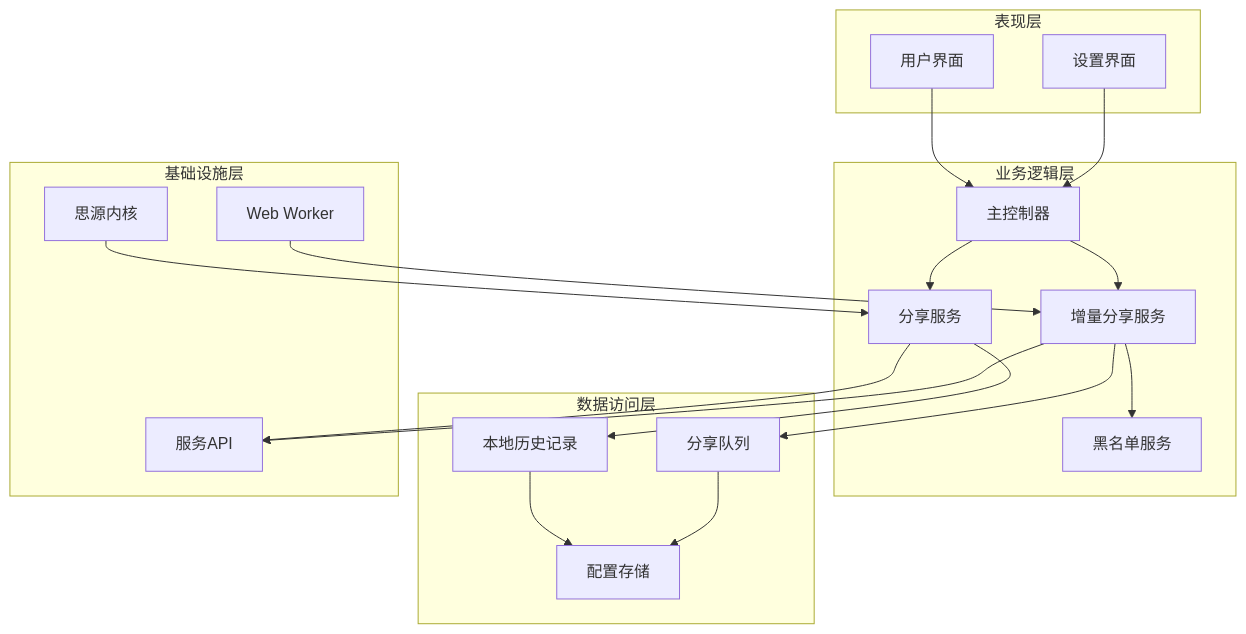
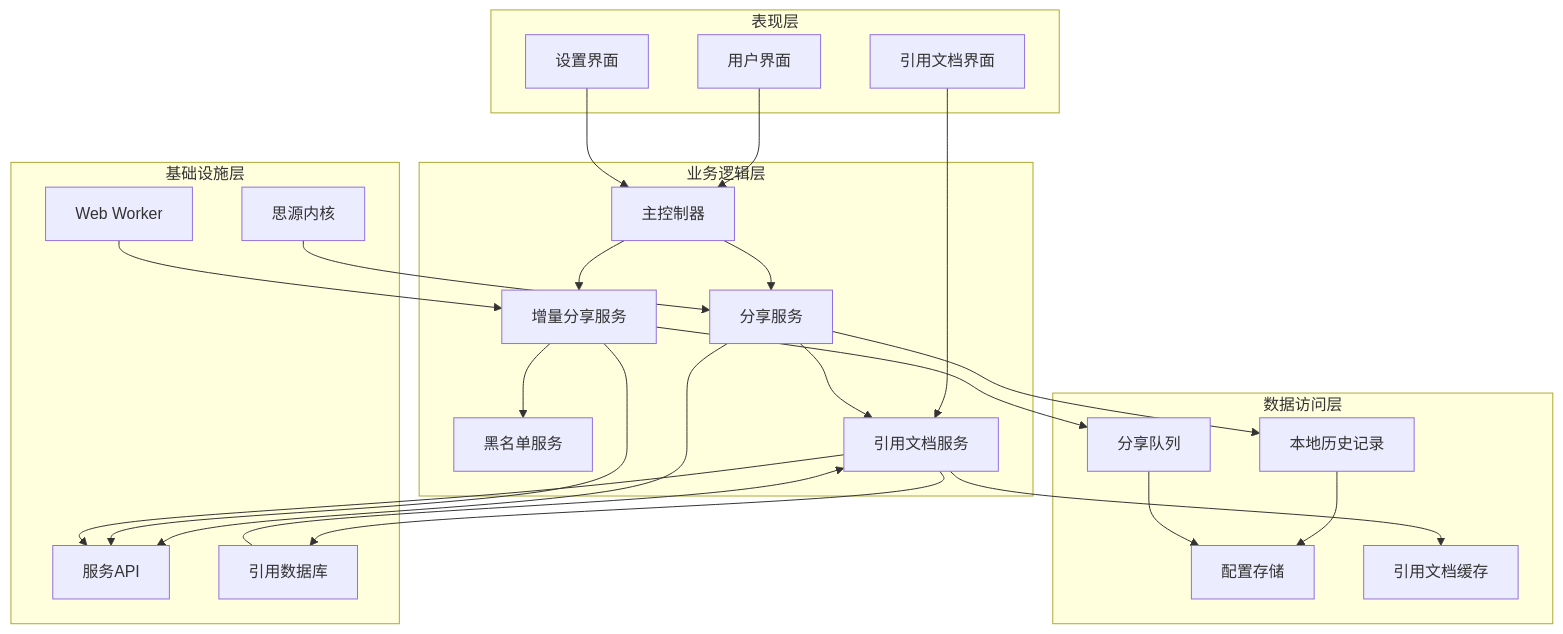
One commit to terwerinc/siyuan-plugin-share-pro changed the second of 11 diagrams in .qoder/repowiki/zh/content/引用文档分享规范.md. Above: the diagram before and after it, drawn with Mermaid. The commit also changed other lines of this file and 8 other files, not shown here.

````diff
--- a/.qoder/repowiki/zh/content/引用文档分享规范.md
+++ b/.qoder/repowiki/zh/content/引用文档分享规范.md
@@ -120,36 +140,46 @@
 ```mermaid
 graph TD
 subgraph "表现层"
 UI[用户界面]
 Settings[设置界面]
+ReferencedDocUI[引用文档界面]
 end
 subgraph "业务逻辑层"
 MainCtrl[主控制器]
 ShareService[分享服务]
 IncShareService[增量分享服务]
 BlacklistService[黑名单服务]
+RefDocService[引用文档服务]
 end
 subgraph "数据访问层"
 LocalHistory[本地历史记录]
 ShareQueue[分享队列]
 ConfigStorage[配置存储]
+RefDocCache[引用文档缓存]
 end
 subgraph "基础设施层"
 Worker[Web Worker]
 API[服务API]
 Kernel[思源内核]
+DB[引用数据库]
 end
 UI --> MainCtrl
 Settings --> MainCtrl
+ReferencedDocUI --> RefDocService
 MainCtrl --> ShareService
 MainCtrl --> IncShareService
 ShareService --> LocalHistory
+ShareService --> RefDocService
 IncShareService --> ShareQueue
 IncShareService --> BlacklistService
+RefDocService --> DB
+RefDocService --> RefDocCache
 ShareService --> API
 IncShareService --> API
+RefDocService --> API
 LocalHistory --> ConfigStorage
 ShareQueue --> ConfigStorage
 Worker --> IncShareService
 Kernel --> ShareService
+DB --> RefDocService
 ```
````
